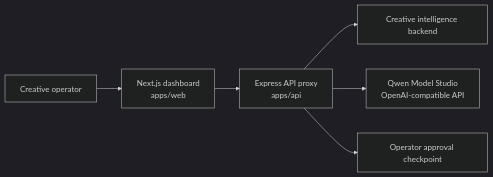
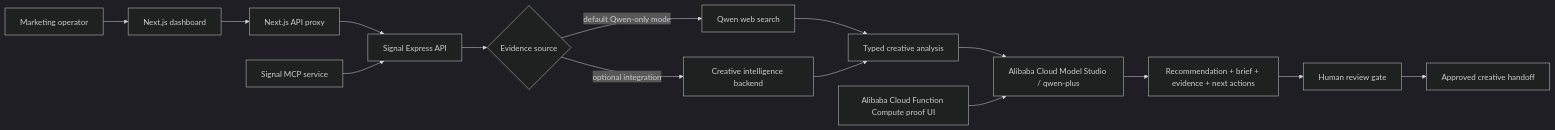
Before and after one commit to shahaman098/Signal: the diagram in README.md, drawn with Mermaid (dark theme). The commit also changed other lines of this file and 5 other files, not shown here.

````diff
--- a/README.md
+++ b/README.md
@@ -31,8 +82,20 @@
 ```mermaid
 flowchart LR
-    operator["Creative operator"] --> web["Next.js dashboard<br/>apps/web"]
-    web --> api["Express API proxy<br/>apps/api"]
-    api --> upstream["Creative intelligence backend"]
-    api --> qwen["Qwen Model Studio<br/>OpenAI-compatible API"]
-    api --> approval["Operator approval checkpoint"]
+    operator["Marketing operator"] --> dashboard["Next.js dashboard"]
+    dashboard --> proxy["Next.js API proxy"]
+    proxy --> api["Signal Express API"]
+
+    api --> source{"Evidence source"}
+    source -->|default Qwen-only mode| search["Qwen web search"]
+    source -->|optional integration| upstream["Creative intelligence backend"]
+
+    search --> analysis["Typed creative analysis"]
+    upstream --> analysis
+    analysis --> qwen["Alibaba Cloud Model Studio / qwen-plus"]
+    qwen --> packet["Recommendation + brief + evidence + next actions"]
+    packet --> review["Human review gate"]
+    review --> handoff["Approved creative handoff"]
+
+    mcp["Signal MCP service"] --> api
+    fc["Alibaba Cloud Function Compute proof UI"] --> qwen
 ```
````
